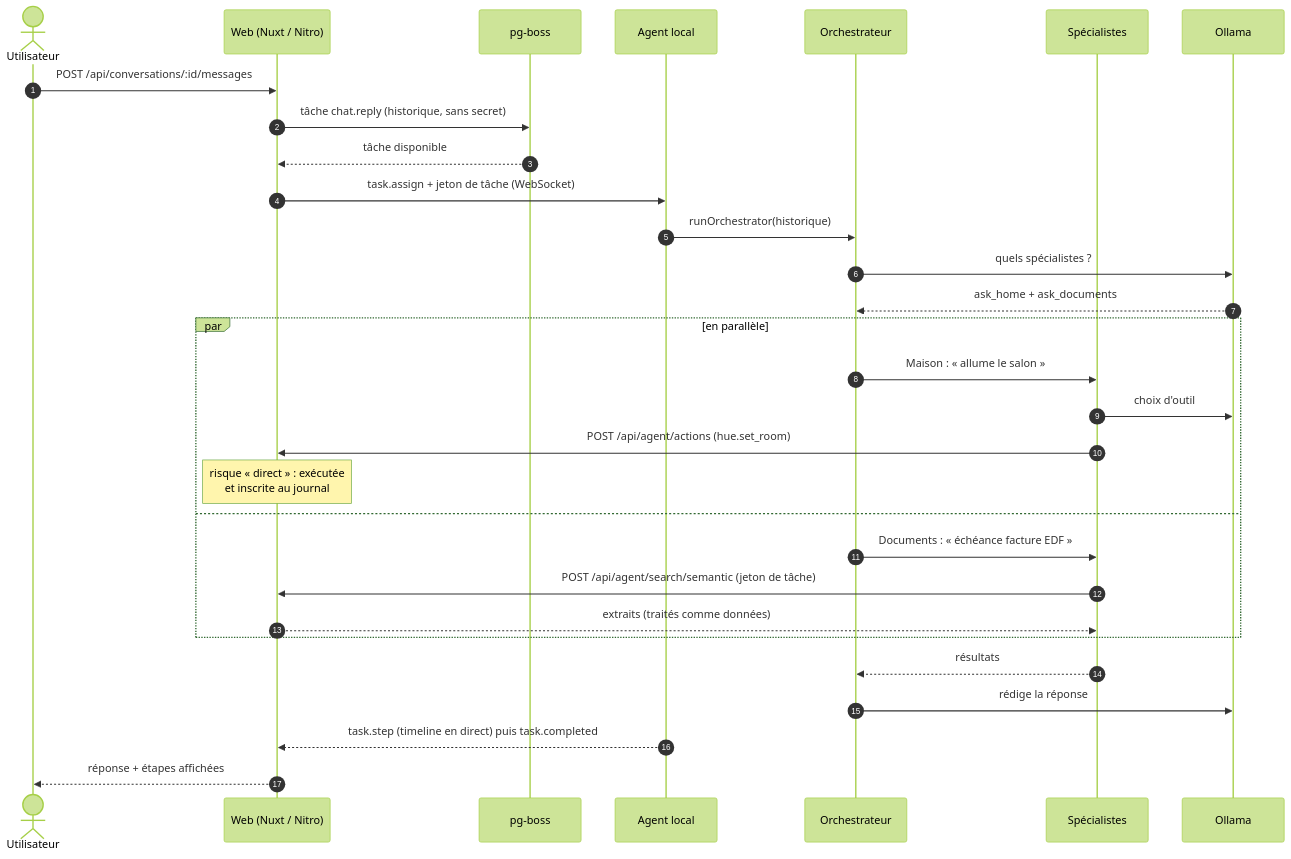
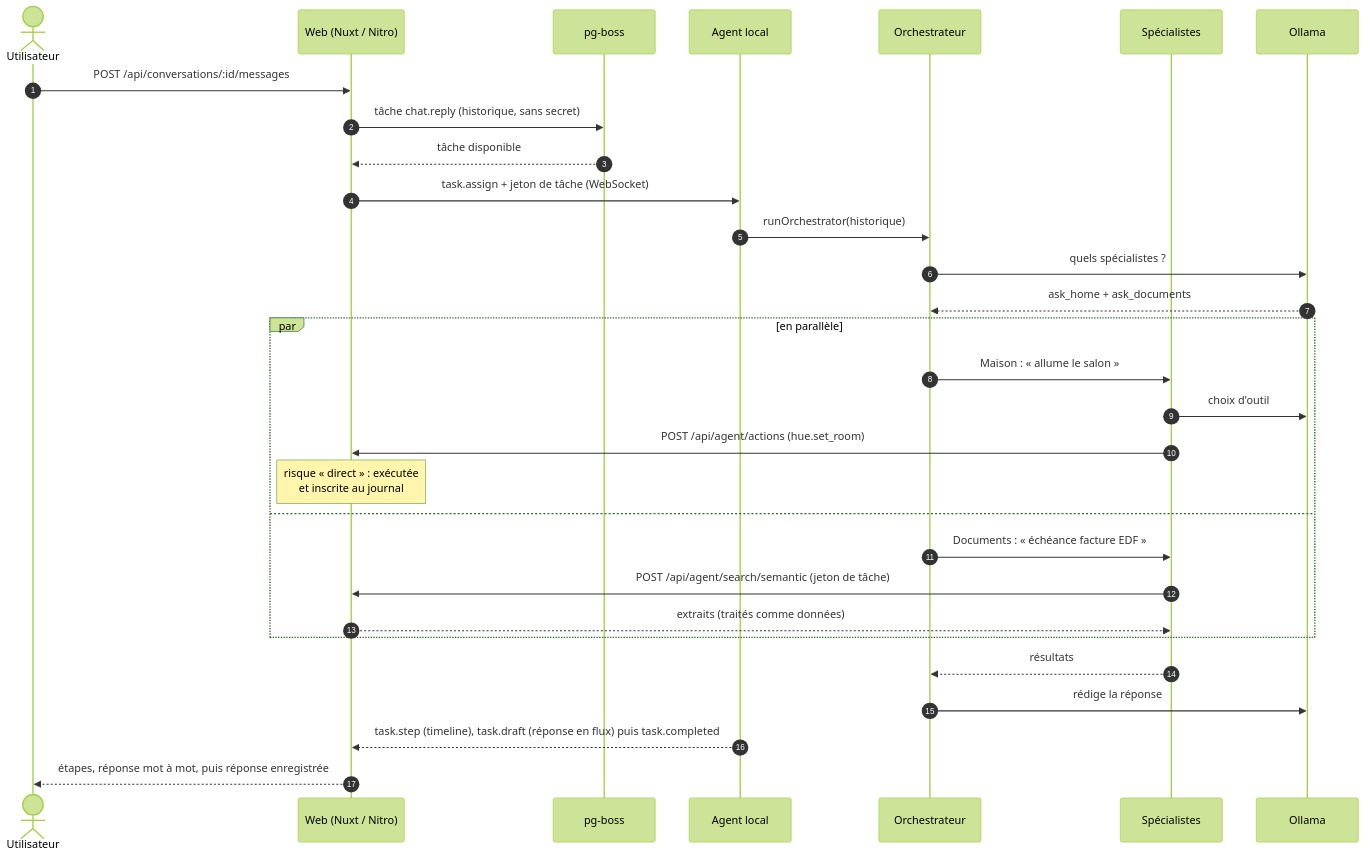
One commit to AlexandreAnc/tp-frontend-avancee-m1 changed the fourth of 6 diagrams in README.md. Above: the diagram before and after it, drawn with Mermaid (forest theme). The commit also changed other lines of this file and 33 other files, not shown here.

````diff
--- a/README.md
+++ b/README.md
@@ -219,33 +219,33 @@
 ```mermaid
 sequenceDiagram
     autonumber
     actor U as Utilisateur
     participant W as Web (Nuxt / Nitro)
     participant Q as pg-boss
     participant A as Agent local
     participant O as Orchestrateur
     participant S as Spécialistes
     participant L as Ollama
 
     U->>W: POST /api/conversations/:id/messages
     W->>Q: tâche chat.reply (historique, sans secret)
     Q-->>W: tâche disponible
     W->>A: task.assign + jeton de tâche (WebSocket)
     A->>O: runOrchestrator(historique)
     O->>L: quels spécialistes ?
     L-->>O: ask_home + ask_documents
     par en parallèle
         O->>S: Maison : « allume le salon »
         S->>L: choix d'outil
         S->>W: POST /api/agent/actions (hue.set_room)
         Note over W: risque « direct » : exécutée<br/>et inscrite au journal
     and
         O->>S: Documents : « échéance facture EDF »
         S->>W: POST /api/agent/search/semantic (jeton de tâche)
         W-->>S: extraits (traités comme données)
     end
     S-->>O: résultats
     O->>L: rédige la réponse
-    A-->>W: task.step (timeline en direct) puis task.completed
-    W-->>U: réponse + étapes affichées
+    A-->>W: task.step (timeline), task.draft (réponse en flux) puis task.completed
+    W-->>U: étapes, réponse mot à mot, puis réponse enregistrée
 ```
````
